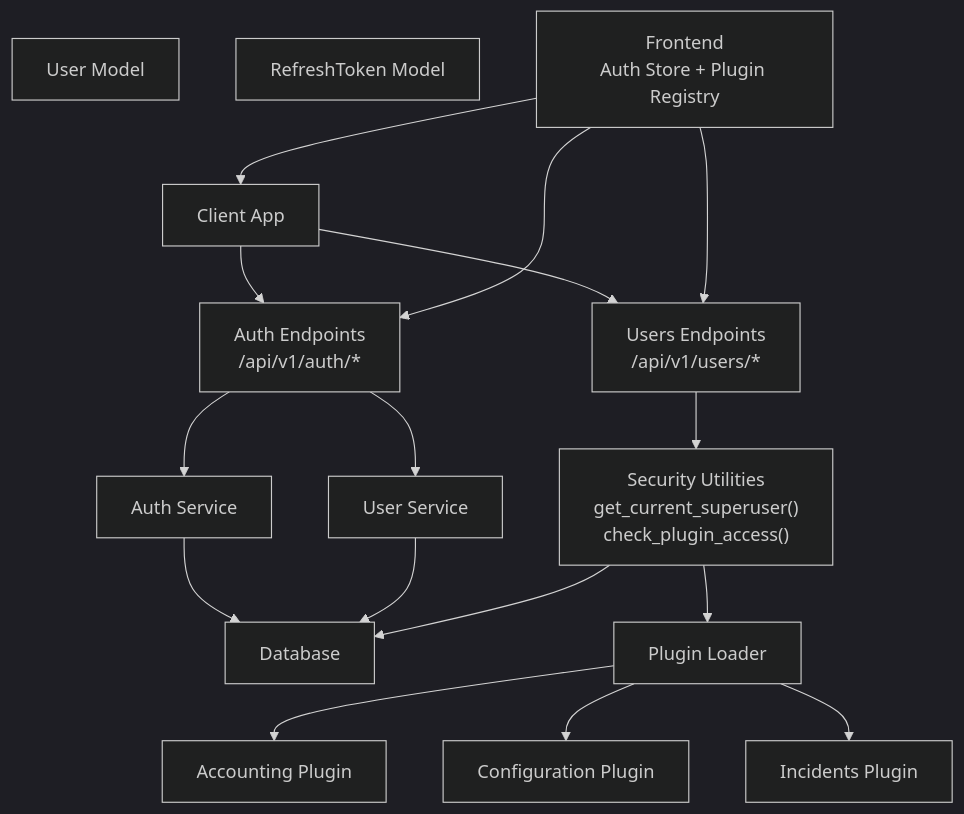
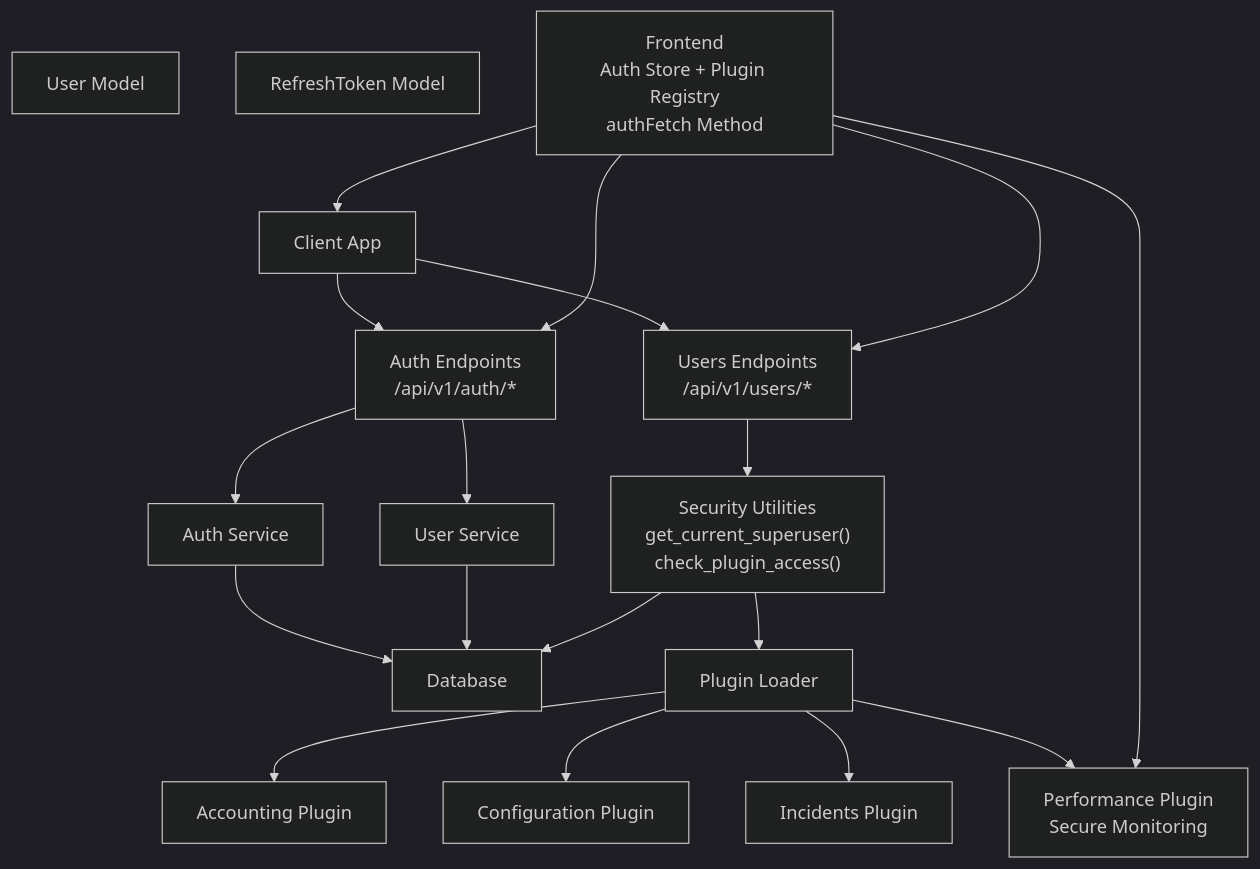
Before and after one commit to Nikita5543/New-SSO-02: the second of 10 diagrams in .qoder/repowiki/en/content/Authentication & Authorization System/Authentication & Authorization System.md, drawn with Mermaid (dark theme). The commit also changed other lines of this file and 7 other files, not shown here.

````diff
--- a/.qoder/repowiki/en/content/Authentication & Authorization System/Authentication & Authorization System.md
+++ b/.qoder/repowiki/en/content/Authentication & Authorization System/Authentication & Authorization System.md
@@ -200,32 +218,35 @@
 ```mermaid
 graph TB
 CLIENT["Client App"]
 AUTH_EP["Auth Endpoints<br/>/api/v1/auth/*"]
 USERS_EP["Users Endpoints<br/>/api/v1/users/*"]
 AUTH_SVC["Auth Service"]
 USER_SVC["User Service"]
 SEC_UTIL["Security Utilities<br/>get_current_superuser()<br/>check_plugin_access()"]
 DB["Database"]
 USER_M["User Model"]
 RT_M["RefreshToken Model"]
 PLUGIN_LOADER["Plugin Loader"]
 PLUGIN_ACCOUNTING["Accounting Plugin"]
 PLUGIN_CONFIGURATION["Configuration Plugin"]
 PLUGIN_INCIDENTS["Incidents Plugin"]
-FRONTEND["Frontend<br/>Auth Store + Plugin Registry"]
+PLUGIN_PERFORMANCE["Performance Plugin<br/>Secure Monitoring"]
+FRONTEND["Frontend<br/>Auth Store + Plugin Registry<br/>authFetch Method"]
 CLIENT --> AUTH_EP
 CLIENT --> USERS_EP
 AUTH_EP --> AUTH_SVC
 AUTH_EP --> USER_SVC
 USERS_EP --> SEC_UTIL
 AUTH_SVC --> DB
 USER_SVC --> DB
 SEC_UTIL --> DB
 SEC_UTIL --> PLUGIN_LOADER
 PLUGIN_LOADER --> PLUGIN_ACCOUNTING
 PLUGIN_LOADER --> PLUGIN_CONFIGURATION
 PLUGIN_LOADER --> PLUGIN_INCIDENTS
+PLUGIN_LOADER --> PLUGIN_PERFORMANCE
 FRONTEND --> CLIENT
 FRONTEND --> AUTH_EP
 FRONTEND --> USERS_EP
+FRONTEND --> PLUGIN_PERFORMANCE
 ```
````
